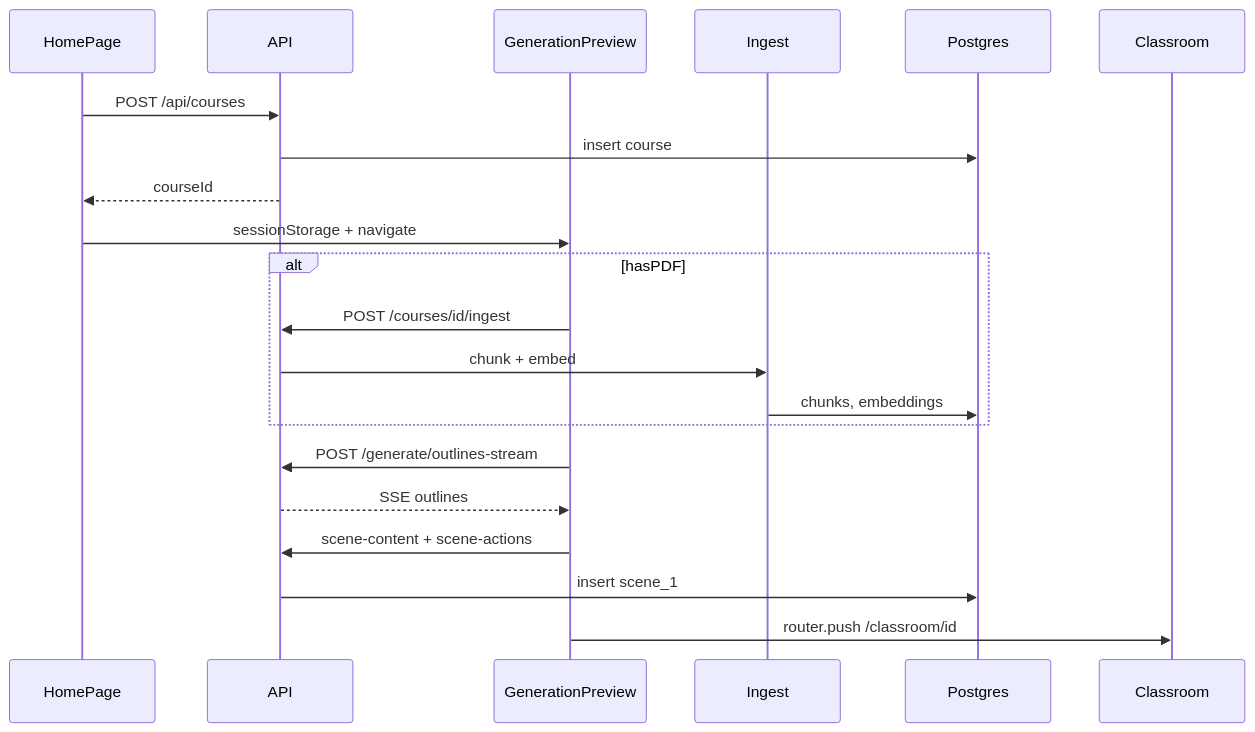
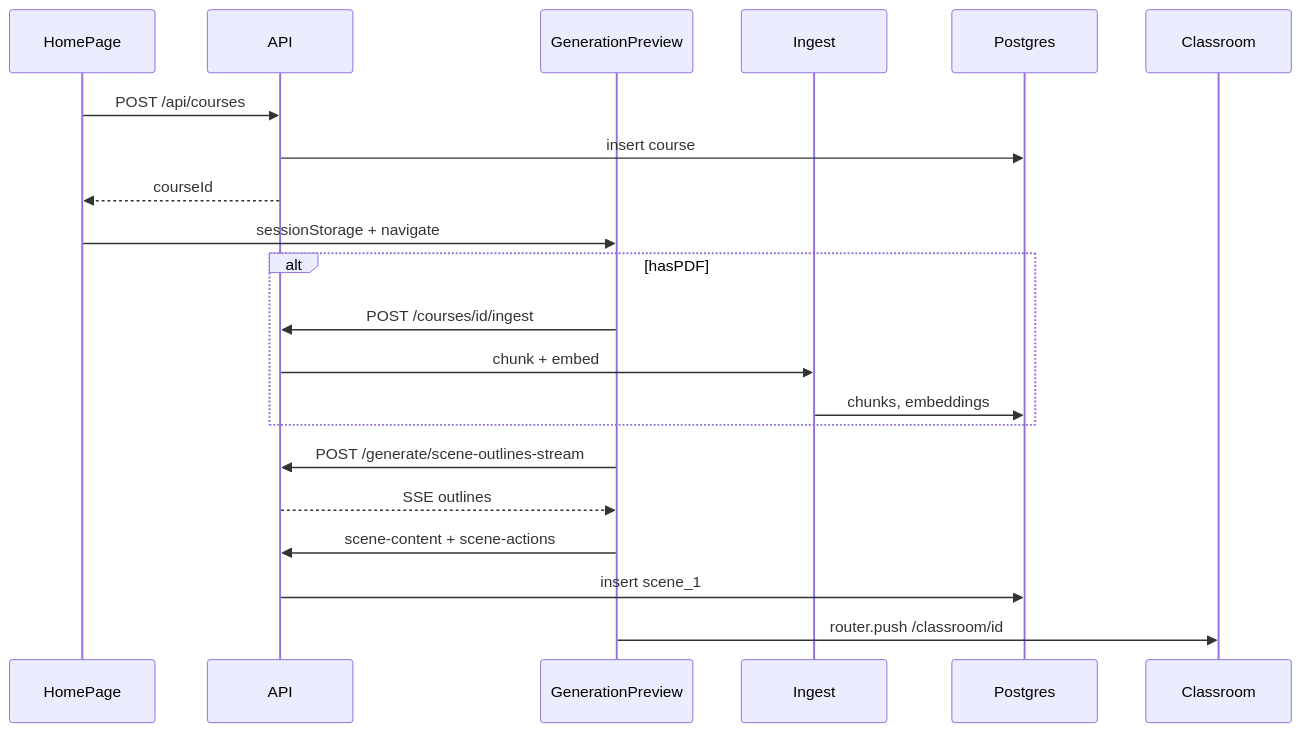
One commit to HeyChizuru/mindflow changed the second of 3 diagrams in docs/DEV_GUIDE.md. Above: the diagram before and after it, drawn with Mermaid. The commit also changed other lines of this file and 8 other files, not shown here.

````diff
--- a/docs/DEV_GUIDE.md
+++ b/docs/DEV_GUIDE.md
@@ -782,26 +775,26 @@
 ```mermaid
 sequenceDiagram
   participant Home as HomePage
   participant API as API
   participant Preview as GenerationPreview
   participant Ing as Ingest
   participant DB as Postgres
   participant Class as Classroom
 
   Home->>API: POST /api/courses
   API->>DB: insert course
   API-->>Home: courseId
   Home->>Preview: sessionStorage + navigate
 
   alt hasPDF
     Preview->>API: POST /courses/id/ingest
     API->>Ing: chunk + embed
     Ing->>DB: chunks, embeddings
   end
 
-  Preview->>API: POST /generate/outlines-stream
+  Preview->>API: POST /generate/scene-outlines-stream
   API-->>Preview: SSE outlines
   Preview->>API: scene-content + scene-actions
   API->>DB: insert scene_1
   Preview->>Class: router.push /classroom/id
 ```
````
